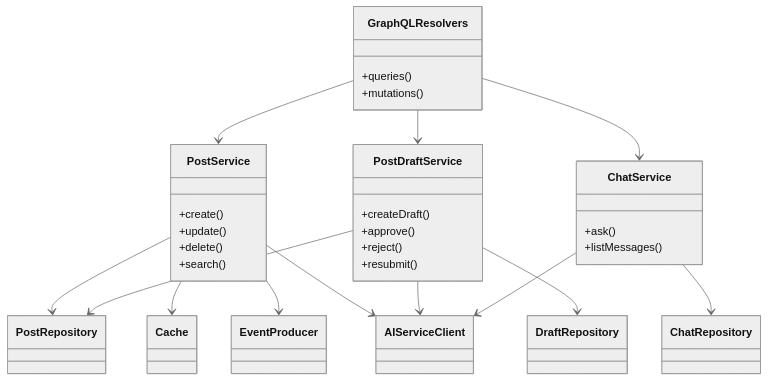
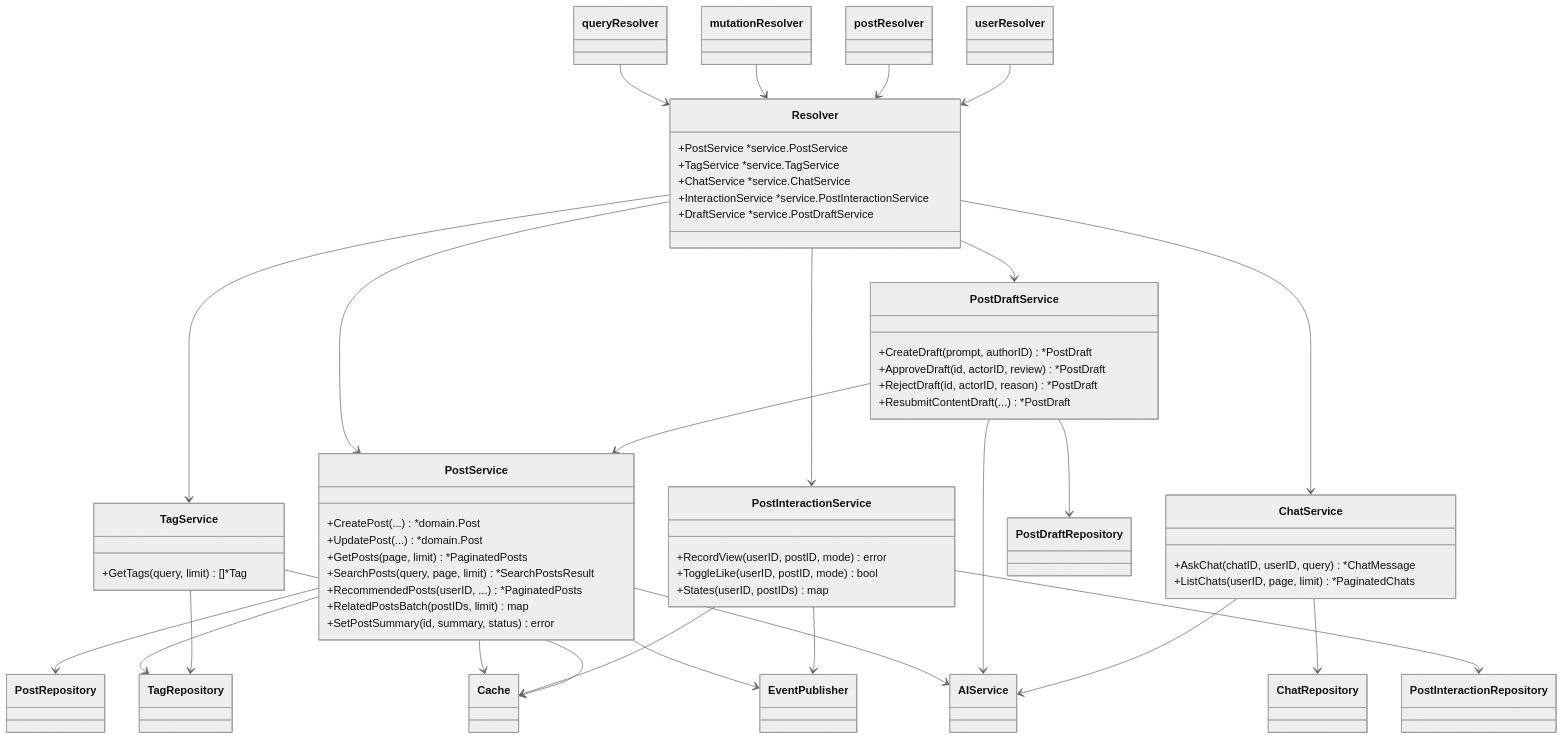
One commit to kunalPisolkar24/topos changed the fourth of 5 diagrams in services/content/docs/concepts/architecture.md. Above: the diagram before and after it, drawn with Mermaid (neutral theme). The commit also changed other lines of this file and 17 other files, not shown here.

Commit message:
Rewrite content service docs for beginners

````diff
--- a/services/content/docs/concepts/architecture.md
+++ b/services/content/docs/concepts/architecture.md
@@ -7,42 +138,74 @@
 ```mermaid
 classDiagram
-    class GraphQLResolvers {
-        +queries()
-        +mutations()
+    class Resolver {
+        +PostService *service.PostService
+        +TagService *service.TagService
+        +ChatService *service.ChatService
+        +InteractionService *service.PostInteractionService
+        +DraftService *service.PostDraftService
     }
+    class queryResolver
+    class mutationResolver
+    class postResolver
+    class userResolver
     class PostService {
-        +create()
-        +update()
-        +delete()
-        +search()
+        +CreatePost(...) *domain.Post
+        +UpdatePost(...) *domain.Post
+        +GetPosts(page, limit) *PaginatedPosts
+        +SearchPosts(query, page, limit) *SearchPostsResult
+        +RecommendedPosts(userID, ...) *PaginatedPosts
+        +RelatedPostsBatch(postIDs, limit) map
+        +SetPostSummary(id, summary, status) error
     }
     class PostDraftService {
-        +createDraft()
-        +approve()
-        +reject()
-        +resubmit()
+        +CreateDraft(prompt, authorID) *PostDraft
+        +ApproveDraft(id, actorID, review) *PostDraft
+        +RejectDraft(id, actorID, reason) *PostDraft
+        +ResubmitContentDraft(...) *PostDraft
     }
     class ChatService {
-        +ask()
-        +listMessages()
+        +AskChat(chatID, userID, query) *ChatMessage
+        +ListChats(userID, page, limit) *PaginatedChats
+    }
+    class PostInteractionService {
+        +RecordView(userID, postID, mode) error
+        +ToggleLike(userID, postID, mode) bool
+        +States(userID, postIDs) map
+    }
+    class TagService {
+        +GetTags(query, limit) []*Tag
     }
     class PostRepository
-    class DraftRepository
+    class PostDraftRepository
     class ChatRepository
+    class PostInteractionRepository
+    class TagRepository
     class Cache
-    class EventProducer
-    class AIServiceClient
+    class EventPublisher
+    class AIService
 
-    GraphQLResolvers --> PostService
-    GraphQLResolvers --> PostDraftService
-    GraphQLResolvers --> ChatService
+    queryResolver --> Resolver
+    mutationResolver --> Resolver
+    postResolver --> Resolver
+    userResolver --> Resolver
+    Resolver --> PostService
+    Resolver --> PostDraftService
+    Resolver --> ChatService
+    Resolver --> PostInteractionService
+    Resolver --> TagService
     PostService --> PostRepository
+    PostService --> TagRepository
     PostService --> Cache
-    PostService --> EventProducer
-    PostService --> AIServiceClient
-    PostDraftService --> DraftRepository
-    PostDraftService --> PostRepository
-    PostDraftService --> AIServiceClient
+    PostService --> EventPublisher
+    PostService --> AIService
+    PostDraftService --> PostDraftRepository
+    PostDraftService --> PostService
+    PostDraftService --> AIService
     ChatService --> ChatRepository
-    ChatService --> AIServiceClient
+    ChatService --> AIService
+    PostInteractionService --> PostInteractionRepository
+    PostInteractionService --> EventPublisher
+    PostInteractionService --> Cache
+    TagService --> TagRepository
+    TagService --> Cache
 ```
````
